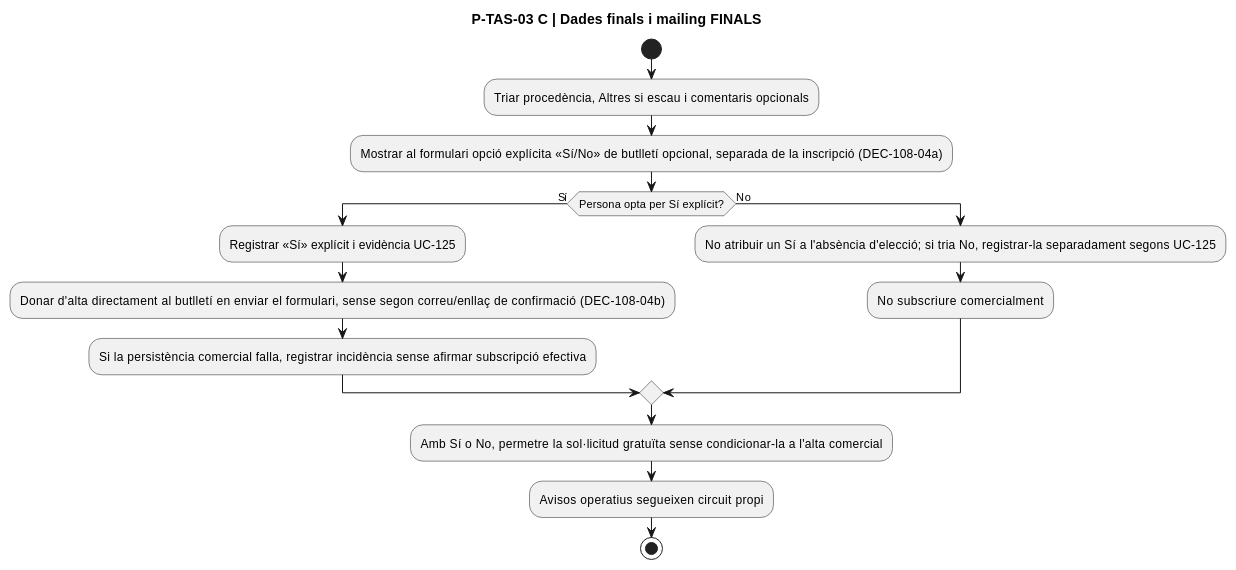
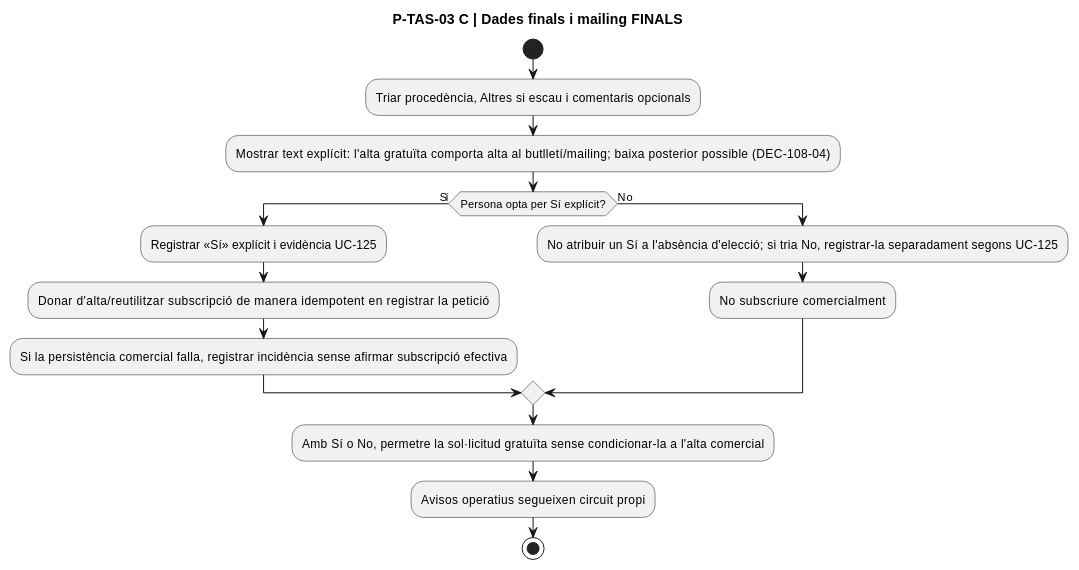
One commit to orgmeriemprismacat-del/verifactu changed diagram 22 of 32 in documentacio/07-uml-integrat/uc-108-activitats-pagines-tastets-actual-final.md. Above: the diagram before and after it, drawn with PlantUML. The commit also changed other lines of this file, not shown here.

````diff
--- a/documentacio/07-uml-integrat/uc-108-activitats-pagines-tastets-actual-final.md
+++ b/documentacio/07-uml-integrat/uc-108-activitats-pagines-tastets-actual-final.md
@@ -525,19 +530,19 @@
 ```plantuml
 @startuml
 title P-TAS-03 C | Dades finals i mailing FINALS
 start
 :Triar procedència, Altres si escau i comentaris opcionals;
-:Mostrar al formulari opció explícita «Sí/No» de butlletí opcional, separada de la inscripció (DEC-108-04a);
+:Mostrar text explícit: l'alta gratuïta comporta alta al butlletí/mailing; baixa posterior possible (DEC-108-04);
 if (Persona opta per Sí explícit?) then (Sí)
   :Registrar «Sí» explícit i evidència UC-125;
-  :Donar d'alta directament al butlletí en enviar el formulari, sense segon correu/enllaç de confirmació (DEC-108-04b);
+  :Donar d'alta/reutilitzar subscripció de manera idempotent en registrar la petició;
   :Si la persistència comercial falla, registrar incidència sense afirmar subscripció efectiva;
 else (No)
   :No atribuir un Sí a l'absència d'elecció; si tria No, registrar-la separadament segons UC-125;
   :No subscriure comercialment;
 endif
 :Amb Sí o No, permetre la sol·licitud gratuïta sense condicionar-la a l'alta comercial;
 :Avisos operatius segueixen circuit propi;
 stop
 @enduml
 ```
````
